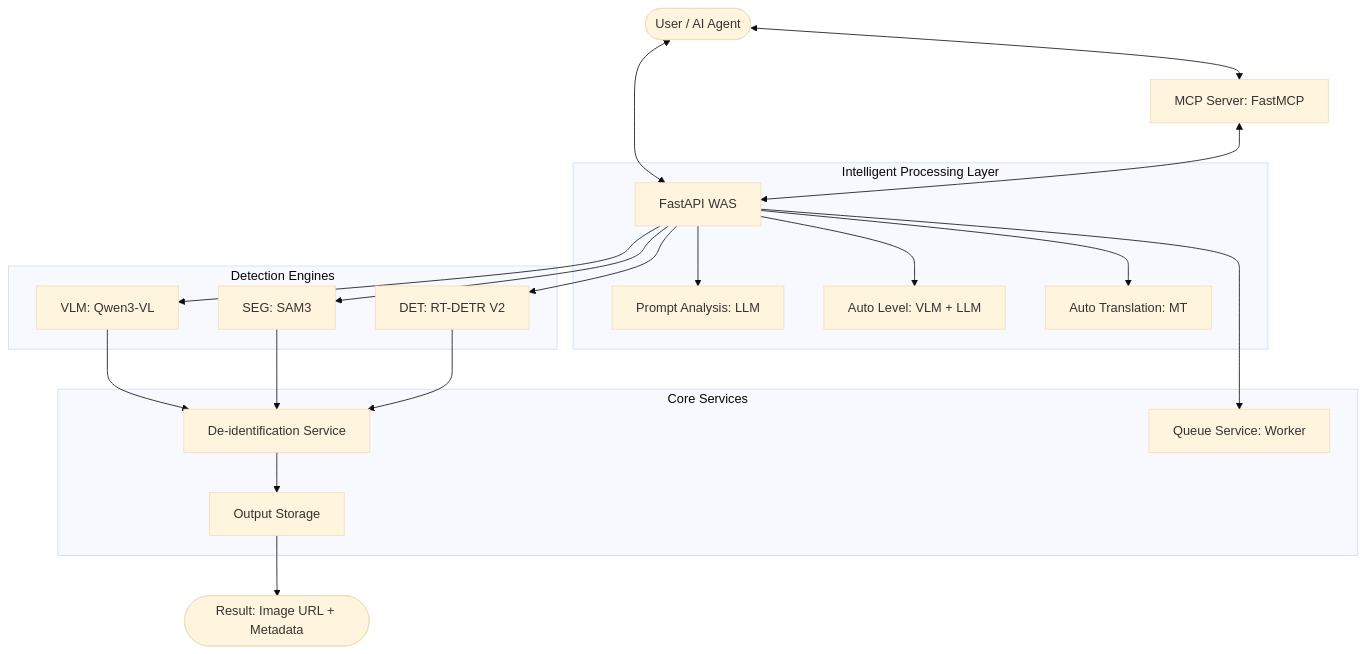
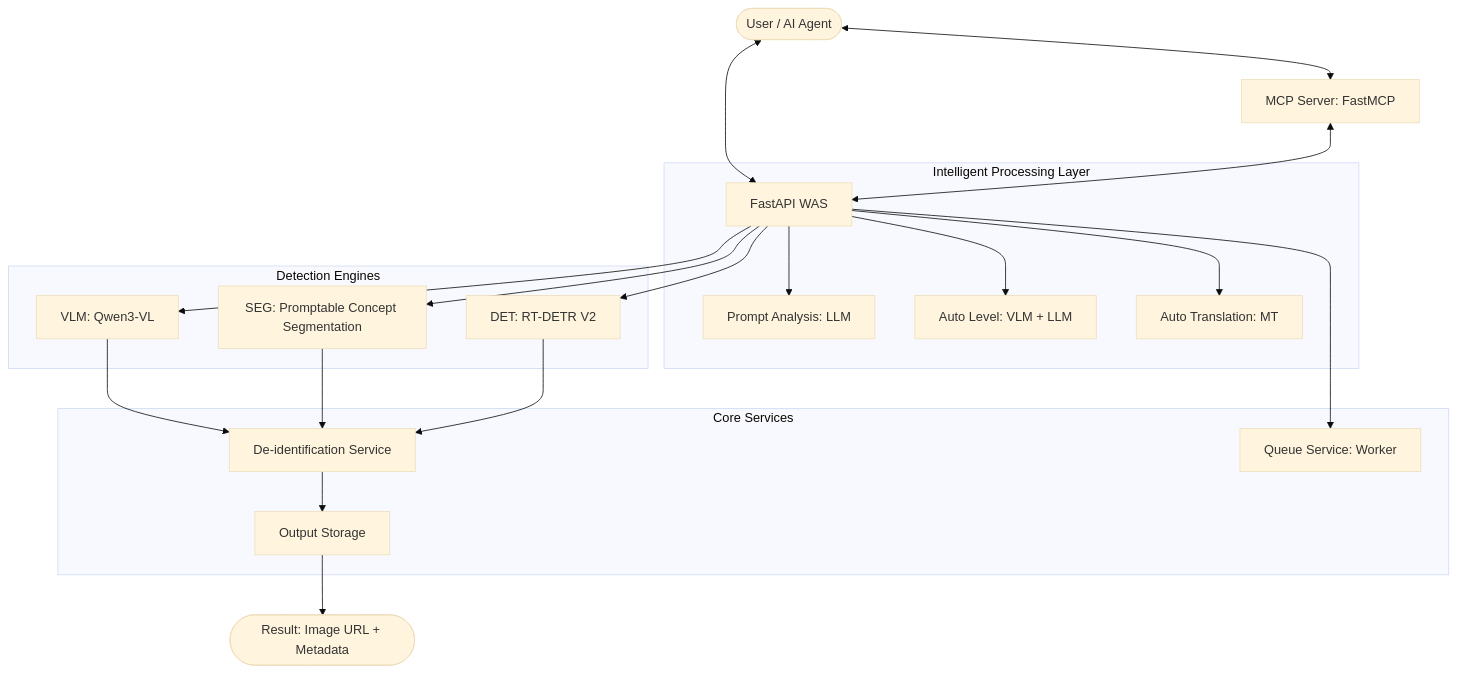
Before and after one commit to sampoo00/de_identification_front: the diagram in reference/README_backend.md, drawn with Mermaid (base theme). The commit also changed other lines of this file and 10 other files, not shown here.

````diff
--- a/reference/README_backend.md
+++ b/reference/README_backend.md
@@ -38,26 +38,26 @@
 ```mermaid
 graph TD
     User([User / AI Agent]) <--> MCP[MCP Server: FastMCP]
     User <--> WAS[FastAPI WAS]
     MCP <--> WAS
     
     subgraph "Intelligent Processing Layer"
         WAS --> PA[Prompt Analysis: LLM]
         WAS --> AL[Auto Level: VLM + LLM]
         WAS --> AT[Auto Translation: MT]
     end
     
     subgraph "Detection Engines"
         WAS --> VLM[VLM: Qwen3-VL]
-        WAS --> SEG[SEG: SAM3]
+        WAS --> SEG[SEG: Promptable Concept Segmentation]
         WAS --> DET[DET: RT-DETR V2]
     end
     
     subgraph "Core Services"
         VLM & SEG & DET --> DI[De-identification Service]
         WAS --> QS[Queue Service: Worker]
         DI --> OS[Output Storage]
     end
     
     OS --> Result([Result: Image URL + Metadata])
 ```
````
